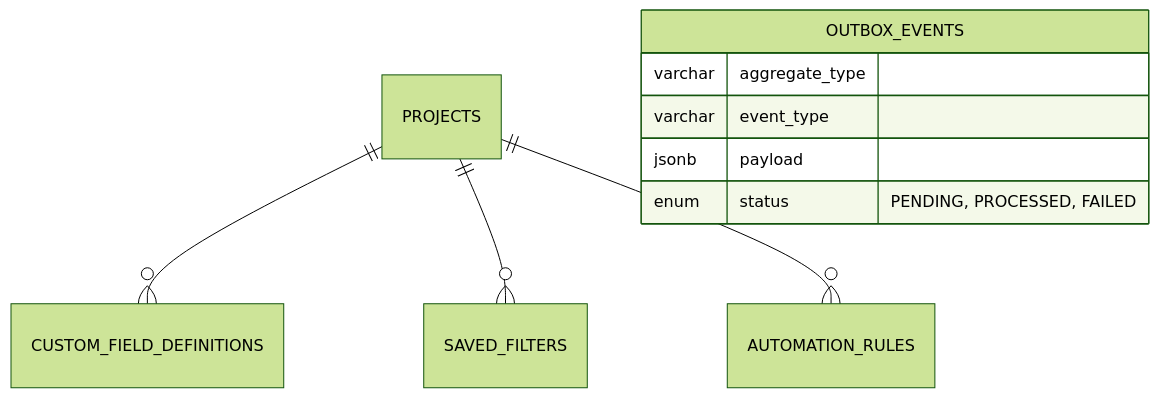
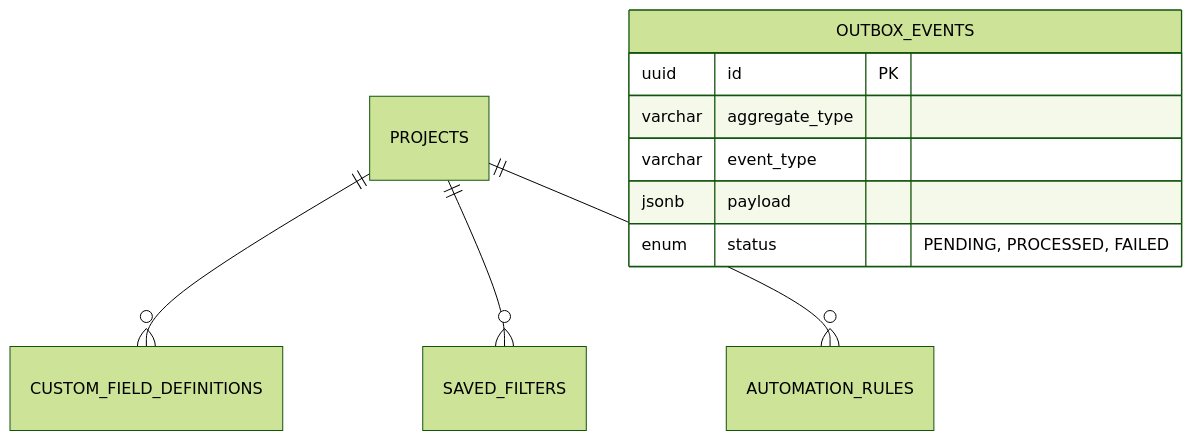
One commit to Hecker-Chuoi/DATN-2026 changed diagram 21 of 22 in formal_doc/01_QUAN_HE_THUC_THE.md. Above: the diagram before and after it, drawn with Mermaid (forest theme). The commit also changed other lines of this file and 60 other files, not shown here.

````diff
--- a/formal_doc/01_QUAN_HE_THUC_THE.md
+++ b/formal_doc/01_QUAN_HE_THUC_THE.md
@@ -626,12 +593,13 @@
 ```mermaid
 erDiagram
     PROJECTS ||--o{ CUSTOM_FIELD_DEFINITIONS : ""
     PROJECTS ||--o{ SAVED_FILTERS : ""
     PROJECTS ||--o{ AUTOMATION_RULES : ""
     OUTBOX_EVENTS {
+        uuid id PK
         varchar aggregate_type
         varchar event_type
         jsonb payload
         enum status "PENDING, PROCESSED, FAILED"
     }
 ```
````
